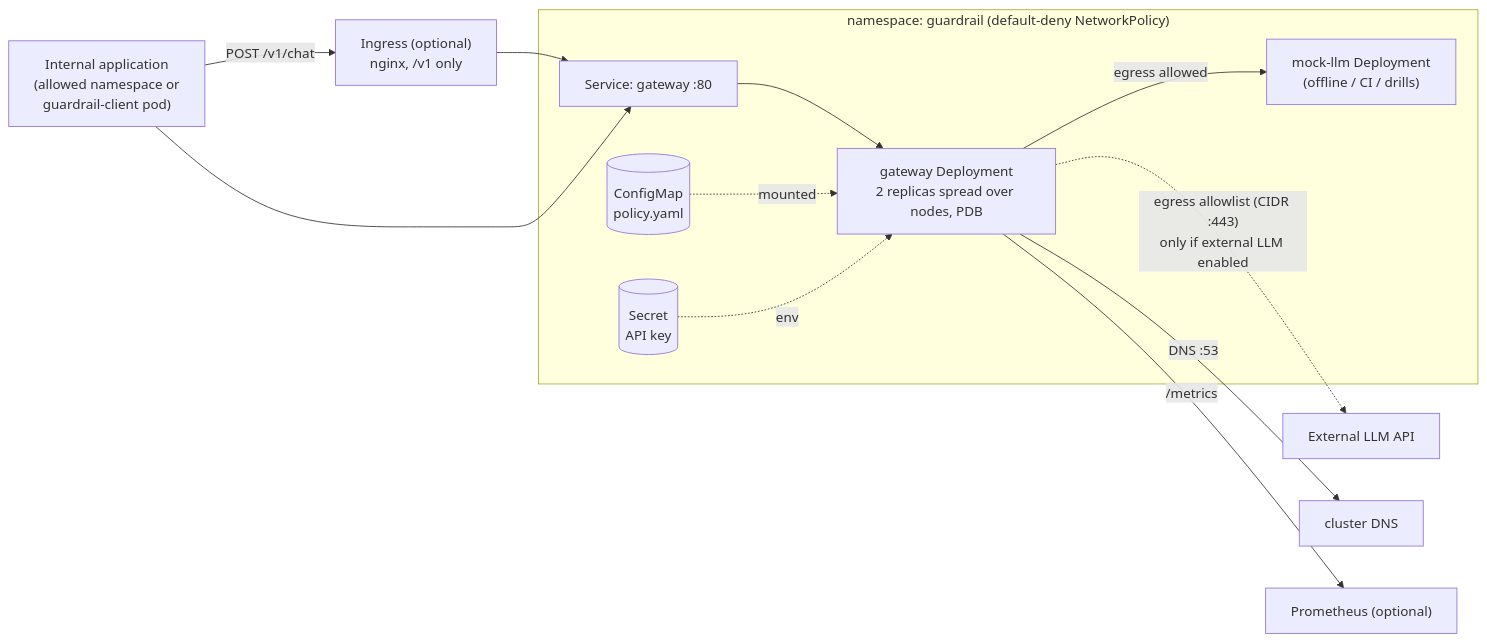
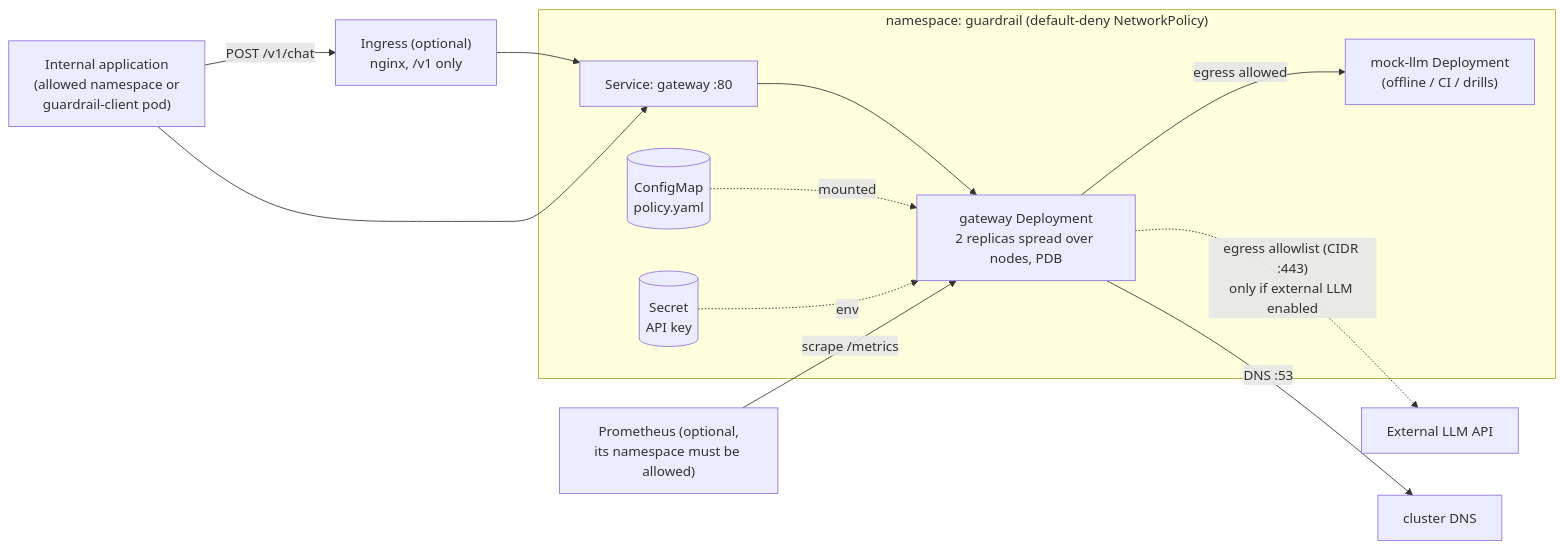
One commit to dojedaro/llm-guardrail-k8s changed the diagram in docs/ARCHITECTURE.md. Above: the diagram before and after it, drawn with Mermaid. The commit also changed other lines of this file and 4 other files, not shown here.

````diff
--- a/docs/ARCHITECTURE.md
+++ b/docs/ARCHITECTURE.md
@@ -3,15 +3,15 @@
 ```mermaid
 flowchart LR
     app["Internal application<br/>(allowed namespace or<br/>guardrail-client pod)"] -->|"POST /v1/chat"| ing["Ingress (optional)<br/>nginx, /v1 only"]
     ing --> svc
     app --> svc["Service: gateway :80"]
     subgraph ns["namespace: guardrail (default-deny NetworkPolicy)"]
         svc --> gw["gateway Deployment<br/>2 replicas spread over nodes, PDB"]
         cm[("ConfigMap<br/>policy.yaml")] -. mounted .-> gw
         sec[("Secret<br/>API key")] -. env .-> gw
         gw -->|"egress allowed"| mock["mock-llm Deployment<br/>(offline / CI / drills)"]
     end
     gw -. "egress allowlist (CIDR :443)<br/>only if external LLM enabled" .-> ext["External LLM API"]
     gw -->|"DNS :53"| dns["cluster DNS"]
-    gw -->|"/metrics"| prom["Prometheus (optional)"]
+    prom["Prometheus (optional,<br/>its namespace must be allowed)"] -->|"scrape /metrics"| gw
 ```
````
